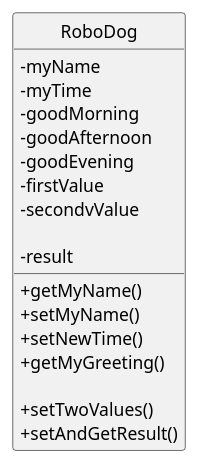
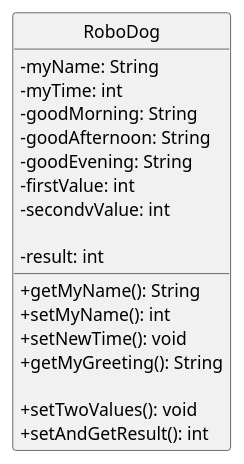
Before and after one commit to oharayu/ohara_uml: the diagram in 06_robo_dog/class.pu, drawn with PlantUML.

```diff
--- a/06_robo_dog/class.pu
+++ b/06_robo_dog/class.pu
@@ -1,27 +1,28 @@
 @startuml Robodogクラス図
 skinparam classAttributeIconSize 0
 hide circle
  
 class RoboDog {
--myName
--myTime
--goodMorning
--goodAfternoon
--goodEvening
--firstValue
--secondvValue
+-myName: String
+'datetime型でいいのでは？
+-myTime: int
+-goodMorning: String
+-goodAfternoon: String
+-goodEvening: String
+-firstValue: int
+-secondvValue: int
 
 '教科書に記載なし
--result
+-result: int
  
-+getMyName()
-+setMyName()
-+setNewTime()
-+getMyGreeting()
++getMyName(): String
++setMyName(): int
++setNewTime(): void
++getMyGreeting(): String
 
 '教科書に記載なし
-+setTwoValues()
-+setAndGetResult()
++setTwoValues(): void
++setAndGetResult(): int
 }
  
 @enduml
```
